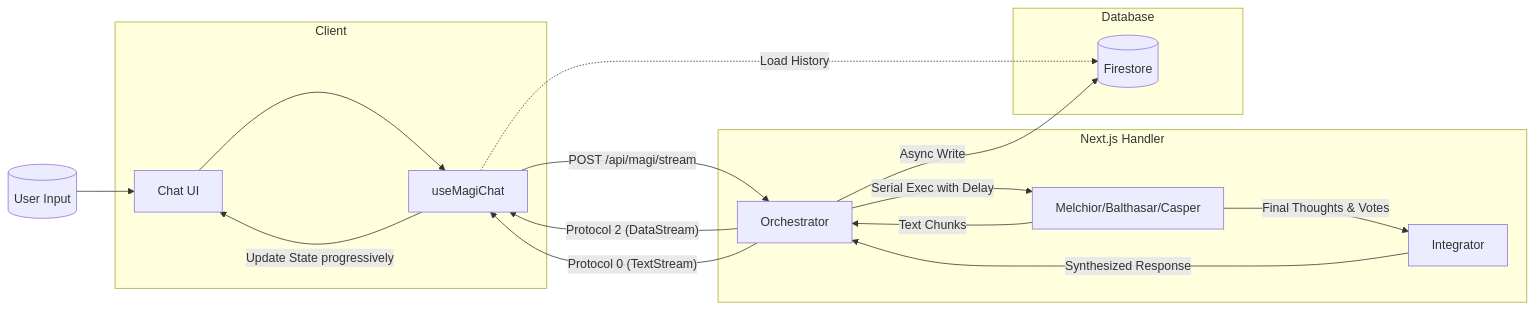
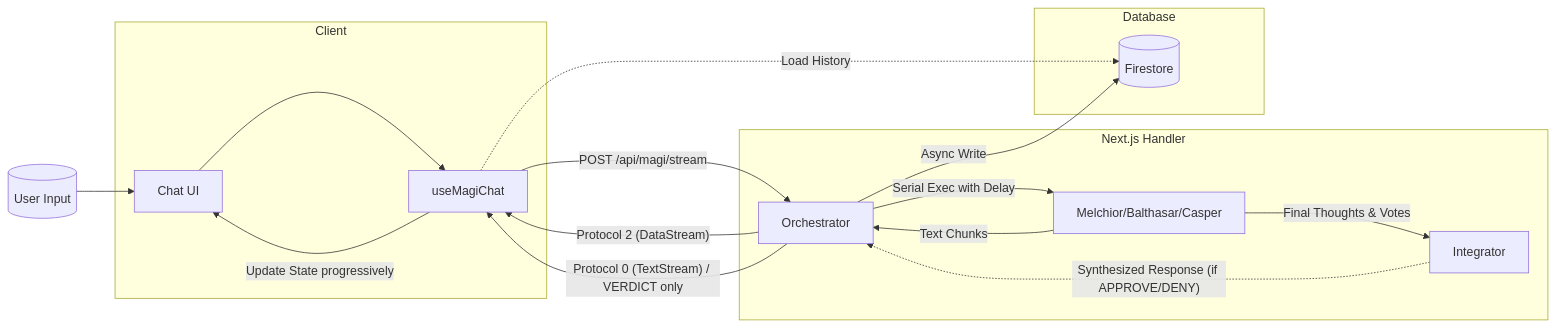
One commit to Kujo-n/maji-res changed the fourth of 5 diagrams in docs/design/architecture.md. Above: the diagram before and after it, drawn with Mermaid. The commit also changed other lines of this file and 2 other files, not shown here.

Commit message:
docs: CONDITIONAL判定時の仕様とアーキテクチャ図の更新

````diff
--- a/docs/design/architecture.md
+++ b/docs/design/architecture.md
@@ -110,35 +116,35 @@
 ```mermaid
 flowchart LR
     User[("User Input")]
     
     subgraph Client
         UI[Chat UI]
         Hook[useMagiChat]
     end
     
     subgraph Server["Next.js Handler"]
         Orch[Orchestrator]
         Agents[Melchior/Balthasar/Casper]
         Integ[Integrator]
     end
     
     subgraph Database
         DB[(Firestore)]
     end
     
     User --> UI
     UI --> Hook
     Hook -- "POST /api/magi/stream" --> Orch
     
     Orch -- "Serial Exec with Delay" --> Agents
     Agents -- "Text Chunks" --> Orch
     Orch -- "Protocol 2 (DataStream)" --> Hook
     Agents -- "Final Thoughts & Votes" --> Integ
-    Integ -- "Synthesized Response" --> Orch
+    Integ -. "Synthesized Response (if APPROVE/DENY)" .-> Orch
     
-    Orch -- "Protocol 0 (TextStream)" --> Hook
+    Orch -- "Protocol 0 (TextStream) / VERDICT only" --> Hook
     Hook -- "Update State progressively" --> UI
     
     Orch -- "Async Write" --> DB
     Hook -.-> |"Load History"| DB
 ```
````
